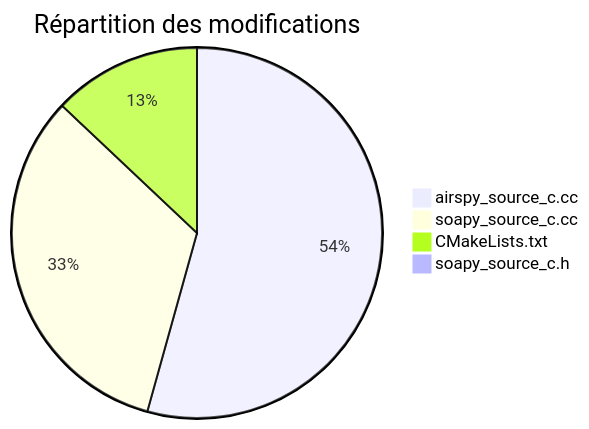
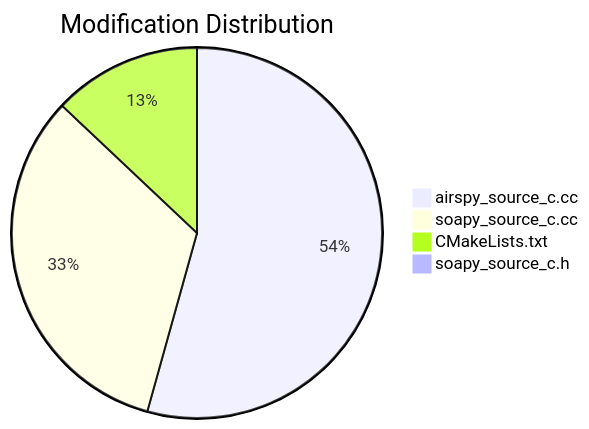
One commit to f4tnk/gr-osmosdr changed diagram 15 of 15 in OPTIMIZATION-F4TNK.md. Above: the diagram before and after it, drawn with Mermaid. The commit also changed other lines of this file, not shown here.

````diff
--- a/OPTIMIZATION-F4TNK.md
+++ b/OPTIMIZATION-F4TNK.md
@@ -402,7 +402,7 @@
 ```mermaid
-pie title Répartition des modifications
+pie title Modification Distribution
     "airspy_source_c.cc" : 88
     "soapy_source_c.cc" : 53
     "CMakeLists.txt" : 21
     "soapy_source_c.h" : 1
 ```
````
